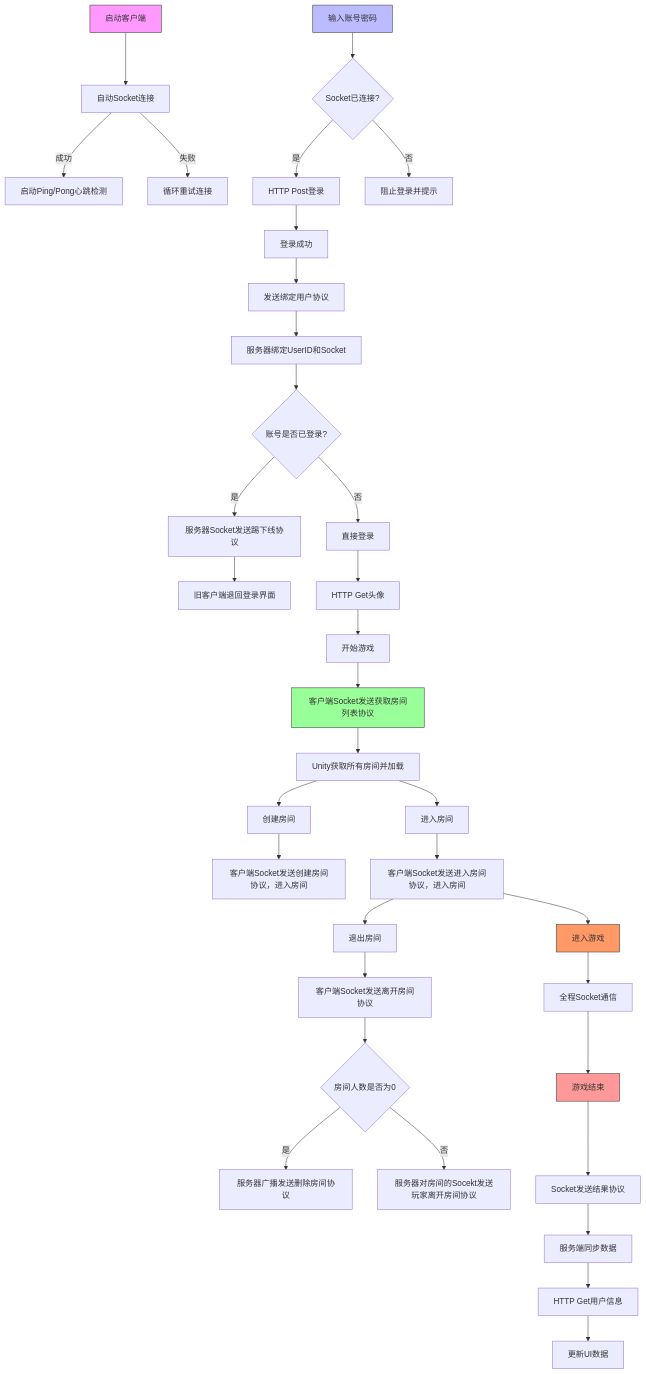
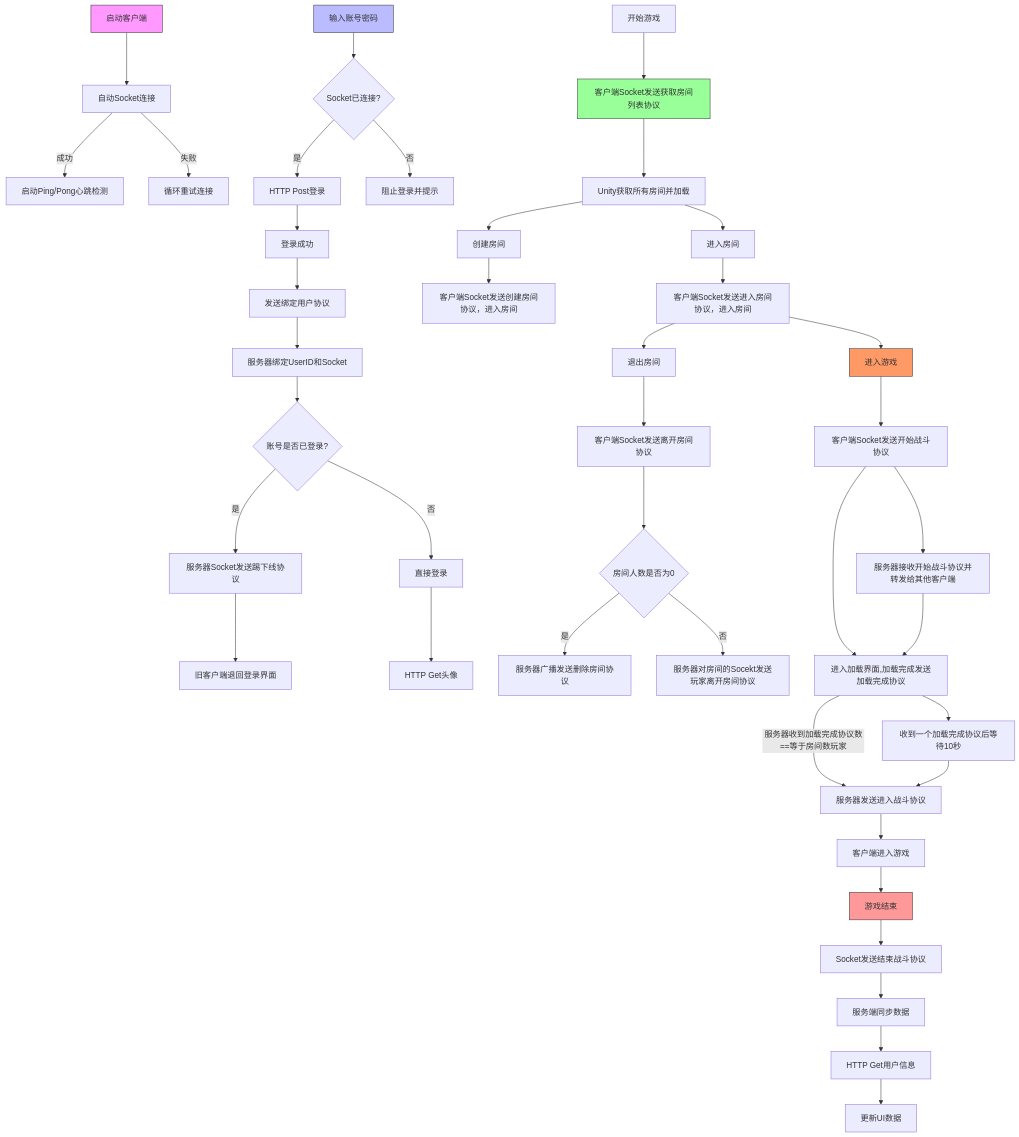
One commit to lsxk0830/NetworkGame changed the first of 7 diagrams in README.md. Above: the diagram before and after it, drawn with Mermaid. The commit also changed 116 other files, not shown here.

````diff
--- a/README.md
+++ b/README.md
@@ -11,52 +11,59 @@
 ```mermaid
 graph TD
     A[启动客户端] --> B[自动Socket连接]
     B -->|成功| C[启动Ping/Pong心跳检测]
     B -->|失败| D[循环重试连接]
     
     E[输入账号密码] --> F{Socket已连接?}
     F -->|是| G[HTTP Post登录]
     F -->|否| H[阻止登录并提示]
     
     G --> I[登录成功]
     I --> J[发送绑定用户协议]
     J --> K[服务器绑定UserID和Socket]
     
     K --> L{账号是否已登录?}
     L -->|是| M[服务器Socket发送踢下线协议]
     L -->|否| N[直接登录]
     M --> O[旧客户端退回登录界面]
     
     N --> P[HTTP Get头像]
     
-    P --> Q[开始游戏]
+    Q[开始游戏]
     
     Q --> R[客户端Socket发送获取房间列表协议]
     R --> S[Unity获取所有房间并加载]
     
     S --> T[创建房间]
     T --> U[客户端Socket发送创建房间协议，进入房间]
     S --> V[进入房间]
     V --> W[客户端Socket发送进入房间协议，进入房间]
     W --> X[退出房间]
     
     X --> X1[客户端Socket发送离开房间协议]
     X1 --> X2{房间人数是否为0}
     X2 -->|是| X3[服务器广播发送删除房间协议]
     X2 -->|否| X4[服务器对房间的Socekt发送玩家离开房间协议]
     
     W --> Y[进入游戏]
-    Y --> Z[全程Socket通信]
+    Y --> Z1[客户端Socket发送开始战斗协议]
+    Z1 --> Z3[服务器接收开始战斗协议并转发给其他客户端]
+    Z1 --> Z2[进入加载界面,加载完成发送加载完成协议]
+    Z3 --> Z2[进入加载界面,加载完成发送加载完成协议]
+    Z2 -->|服务器收到加载完成协议数==等于房间数玩家| Z4[服务器发送进入战斗协议]
+    Z2 -->Z5[收到一个加载完成协议后等待10秒]
+    Z5 --> Z4[服务器发送进入战斗协议]
+   	Z4 --> Z6[客户端进入游戏]
     
-    Z --> AA[游戏结束]
-    AA --> AB[Socket发送结果协议]
+    Z6 --> AA[游戏结束]
+    AA --> AB[Socket发送结束战斗协议]
     AB --> AC[服务端同步数据]
     AC --> AD[HTTP Get用户信息]
     AD --> AE[更新UI数据]
     
     style A fill:#f9f,stroke:#333
     style E fill:#bbf,stroke:#333
     style R fill:#9f9,stroke:#333
     style Y fill:#f96,stroke:#333
     style AA fill:#f99,stroke:#333
 ```
````
